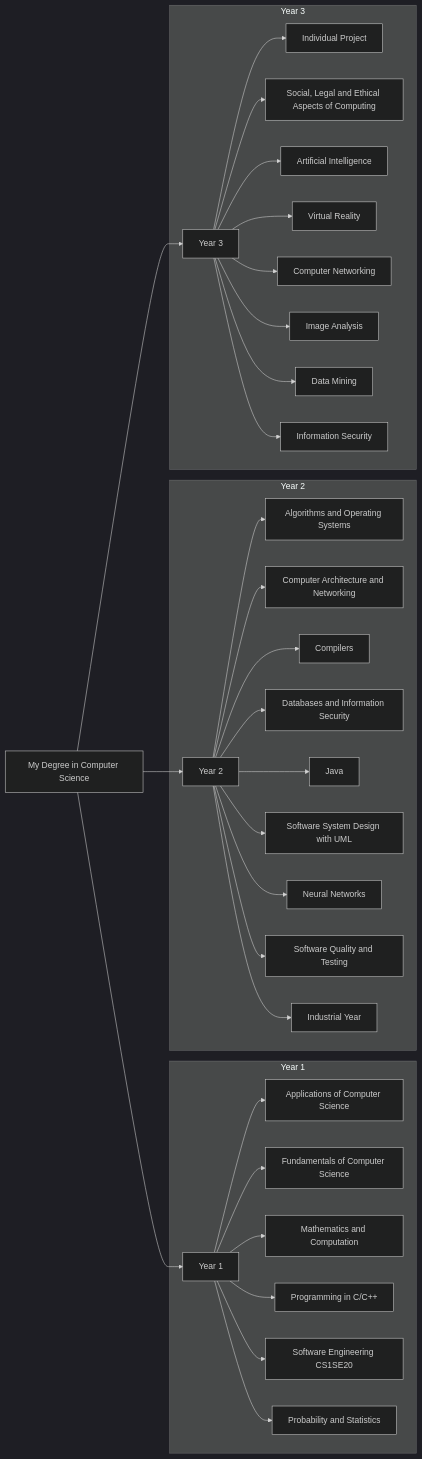
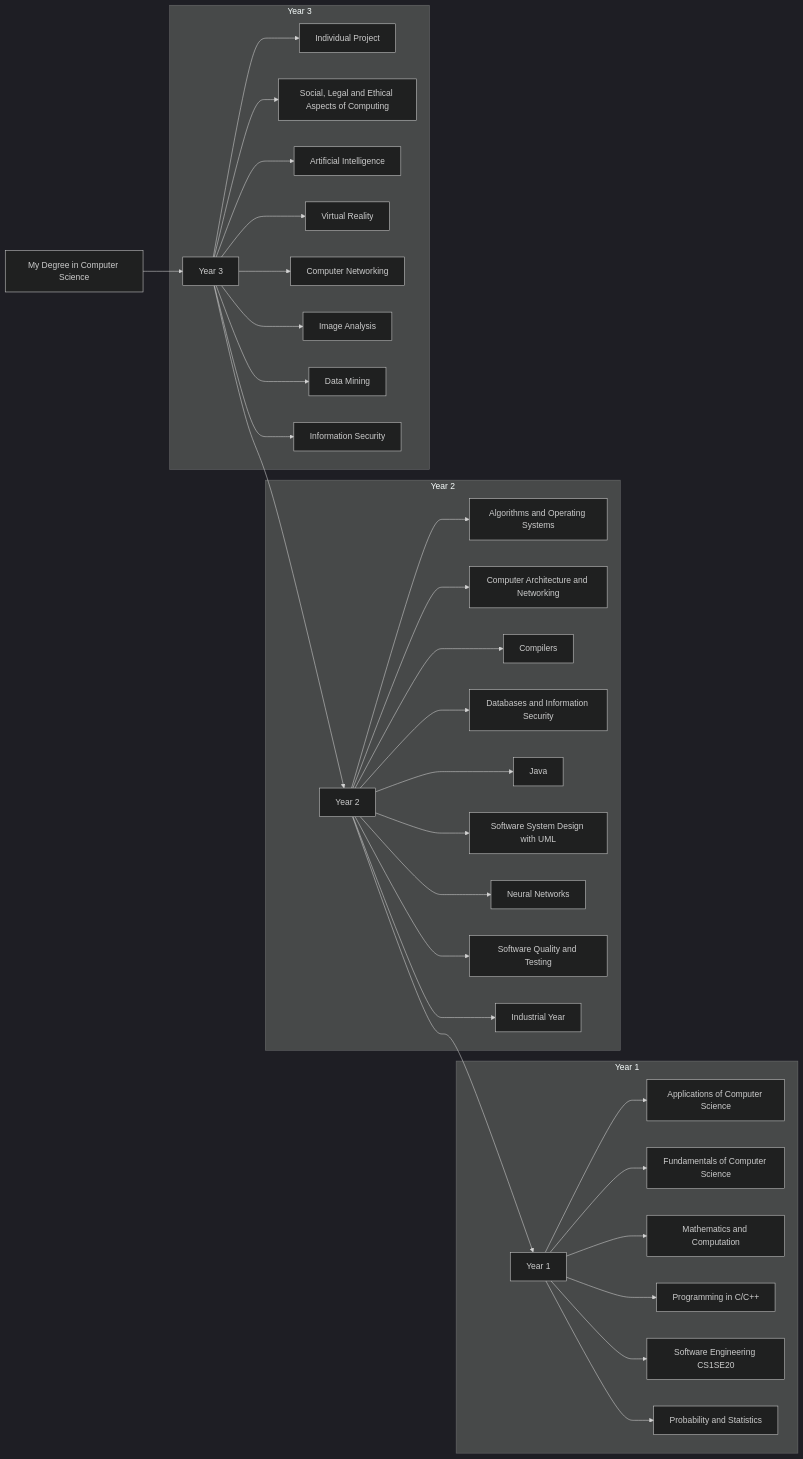
One commit to joshjh2002/software-engineering-models changed the first of 2 diagrams in LearningPlan.md. Above: the diagram before and after it, drawn with Mermaid (dark theme). The commit also changed other lines of this file, not shown here.

````diff
--- a/LearningPlan.md
+++ b/LearningPlan.md
@@ -22,74 +22,73 @@
 ```mermaid
 graph LR
 
 root[My Degree in Computer Science]
 
-
-root --> y1_
-root --> y2_
 root --> y3_
+y3_ --> y2_
+y2_ --> y1_
 
 y1_[Year 1]
 cs1ac16[Applications of Computer Science]
 cs1fc16[Fundamentals of Computer Science]
 cs1ma20[Mathematics and Computation]
 cs1pc20[Programming in C/C++]
 cs1se20[Software Engineering CS1SE20]
 st1ps[Probability and Statistics]
 
 subgraph Year 1
 y1_ --> cs1ac16
 y1_ --> cs1fc16
 y1_ --> cs1ma20
 y1_ --> cs1pc20
 y1_ --> cs1se20
 y1_ --> st1ps
 end
 
 y2_[Year 2]
 
 cs2ao17[Algorithms and Operating Systems]
 cs2ac17[Computer Architecture and Networking]
 cs2co16[Compilers]
 cs2di17[Databases and Information Security]
 cs2ja16[Java]
 cs2ss20[Software System Design with UML]
 cs2nn16[Neural Networks]
 cs2sq17[Software Quality and Testing]
 cs2iy16[Industrial Year]
 
 subgraph Year 2
 y2_ --> cs2ao17
 y2_ --> cs2ac17
 y2_ --> cs2co16
 y2_ --> cs2di17
 y2_ --> cs2ja16
 y2_ --> cs2ss20
 y2_ --> cs2nn16
 y2_ --> cs2sq17
 y2_ --> cs2iy16
 end
 
 
 y3_[Year 3]
 
 cs3ip16[Individual Project]
 cs3sc17[Social, Legal and Ethical Aspects of Computing]
 cs3ai18[Artificial Intelligence]
 cs3vr16[Virtual Reality]
 cs3cn16[Computer Networking]
 cs3ia16[Image Analysis]
 cs3dm16[Data Mining]
 cs3is16[Information Security]
 
 subgraph Year 3
 y3_ --> cs3ip16
 y3_ --> cs3sc17
 y3_ --> cs3ai18
 y3_ --> cs3vr16
 y3_ --> cs3cn16
 y3_ --> cs3ia16
 y3_ --> cs3dm16
 y3_ --> cs3is16
 end
 ```
````
